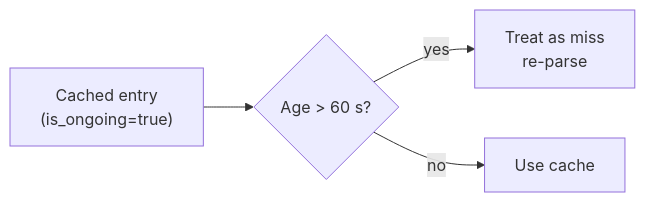
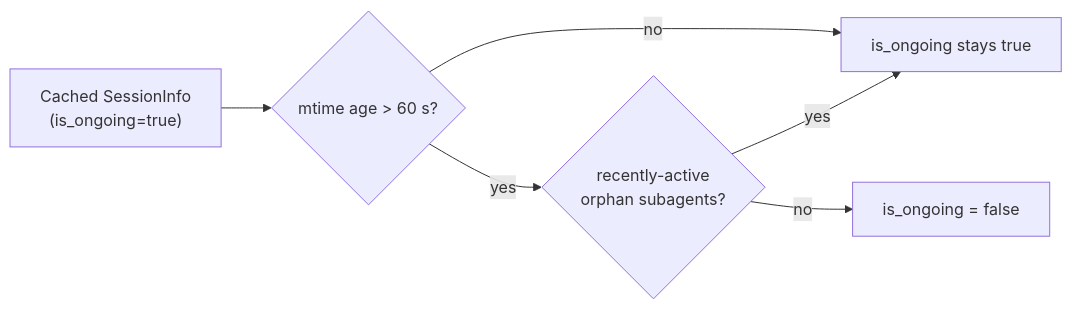
One commit to delexw/claude-code-trace changed the fifth of 9 diagrams in specs/03-state-management.md. Above: the diagram before and after it, drawn with Mermaid. The commit also changed other lines of this file and 35 other files, not shown here.

````diff
--- a/specs/03-state-management.md
+++ b/specs/03-state-management.md
@@ -71,7 +164,9 @@
 ```mermaid
 flowchart LR
-    CACHED["Cached entry\n(is_ongoing=true)"]
-    CACHED --> AGE{"Age > 60 s?"}
-    AGE -->|"yes"| STALE["Treat as miss\nre-parse"]
-    AGE -->|"no"| USE["Use cache"]
+    CACHED["Cached SessionInfo\n(is_ongoing=true)"]
+    CACHED --> AGE{"mtime age > 60 s?"}
+    AGE -->|"yes"| SUBCHECK{"recently-active\norphan subagents?"}
+    AGE -->|"no"| USE["is_ongoing stays true"]
+    SUBCHECK -->|"yes"| USE
+    SUBCHECK -->|"no"| STALE["is_ongoing = false"]
 ```
````
